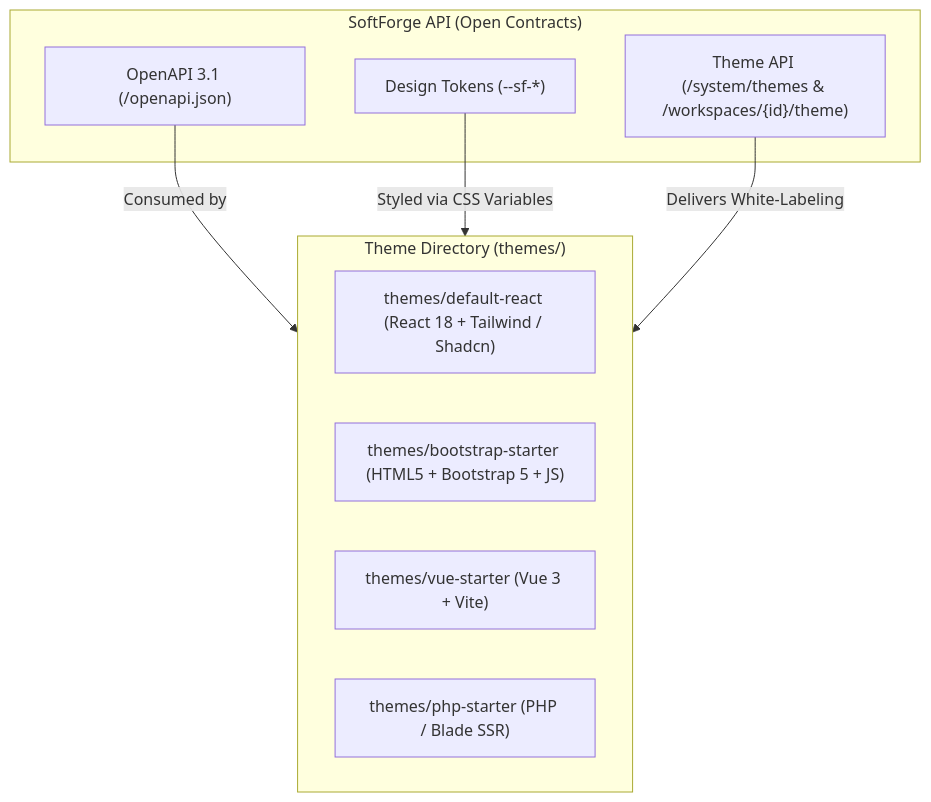
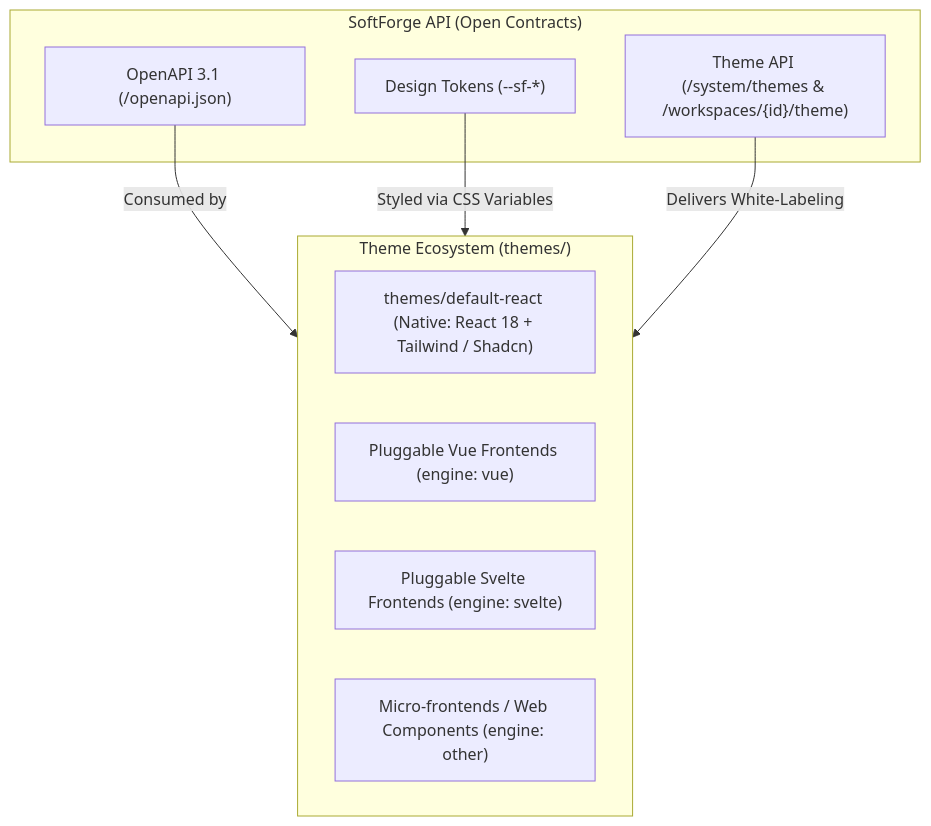
One commit to omauriciofala/softforge.redepronta.com changed the diagram in docs/en/19-theme-system-and-multi-frontends.md. Above: the diagram before and after it, drawn with Mermaid. The commit also changed other lines of this file and 11 other files, not shown here.

Commit message:
refactor(themes): remove bootstrap starter and focus on default react while preserving multi-frontend architecture

````diff
--- a/docs/en/19-theme-system-and-multi-frontends.md
+++ b/docs/en/19-theme-system-and-multi-frontends.md
@@ -11,19 +11,19 @@
 ```mermaid
 flowchart TD
     subgraph Backend["SoftForge API (Open Contracts)"]
         OAS["OpenAPI 3.1 (/openapi.json)"]
         Tokens["Design Tokens (--sf-*)"]
         ThemesAPI["Theme API (/system/themes & /workspaces/{id}/theme)"]
     end
 
-    subgraph Themes["Theme Directory (themes/)"]
-        ReactTheme["themes/default-react (React 18 + Tailwind / Shadcn)"]
-        BootstrapTheme["themes/bootstrap-starter (HTML5 + Bootstrap 5 + JS)"]
-        VueTheme["themes/vue-starter (Vue 3 + Vite)"]
-        PHPTheme["themes/php-starter (PHP / Blade SSR)"]
+    subgraph Themes["Theme Ecosystem (themes/)"]
+        ReactTheme["themes/default-react (Native: React 18 + Tailwind / Shadcn)"]
+        VueTheme["Pluggable Vue Frontends (engine: vue)"]
+        SvelteTheme["Pluggable Svelte Frontends (engine: svelte)"]
+        OtherTheme["Micro-frontends / Web Components (engine: other)"]
     end
 
     OAS -->|Consumed by| Themes
     Tokens -->|Styled via CSS Variables| Themes
     ThemesAPI -->|Delivers White-Labeling| Themes
 ```
````
